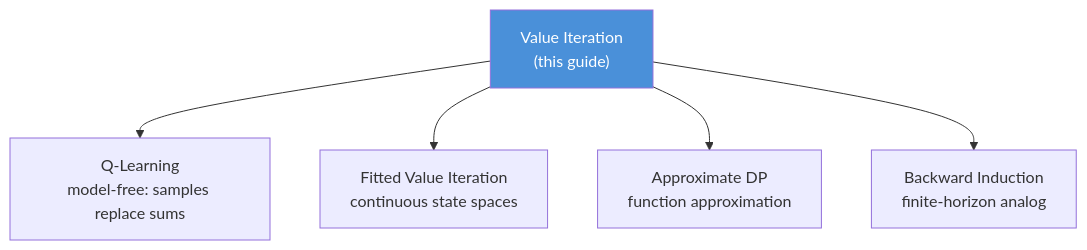
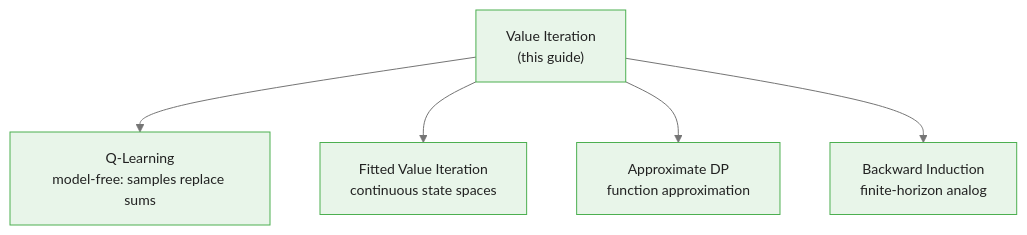
One commit to m-deane/course-creator changed the sixth of 6 diagrams in courses/reinforcement-learning/modules/module_01_dynamic_programming/guides/03_value_iteration_slides.md. Above: the diagram before and after it, drawn with Mermaid. The commit also changed other lines of this file and 131 other files, not shown here.

````diff
--- a/courses/reinforcement-learning/modules/module_01_dynamic_programming/guides/03_value_iteration_slides.md
+++ b/courses/reinforcement-learning/modules/module_01_dynamic_programming/guides/03_value_iteration_slides.md
@@ -320,8 +331,8 @@
 ```mermaid
+%%{init: {"theme": "base", "themeVariables": {"primaryColor": "#e8f5e9", "primaryBorderColor": "#4caf50", "primaryTextColor": "#212121", "secondaryColor": "#e3f2fd", "tertiaryColor": "#fff8e1", "lineColor": "#757575", "fontFamily": "Inter, sans-serif", "fontSize": "14px"}}}%%
 flowchart TD
     VI["Value Iteration\n(this guide)"] --> QL["Q-Learning\nmodel-free: samples replace sums"]
     VI --> FVI["Fitted Value Iteration\ncontinuous state spaces"]
     VI --> AVI["Approximate DP\nfunction approximation"]
     VI --> BW["Backward Induction\nfinite-horizon analog"]
-    style VI fill:#4a90d9,color:#fff
 ```
````
